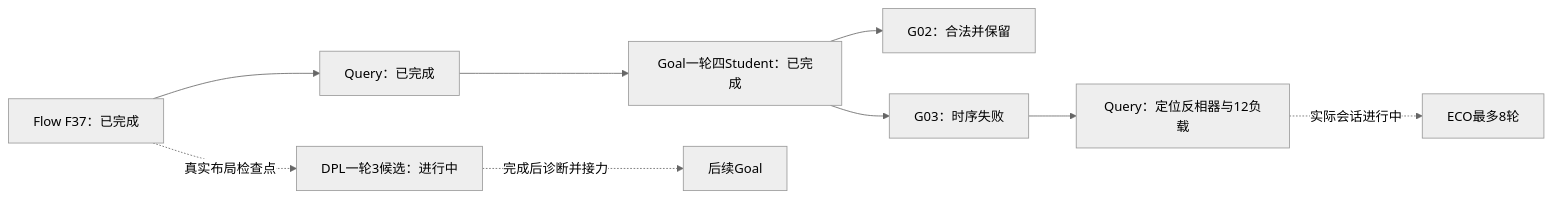
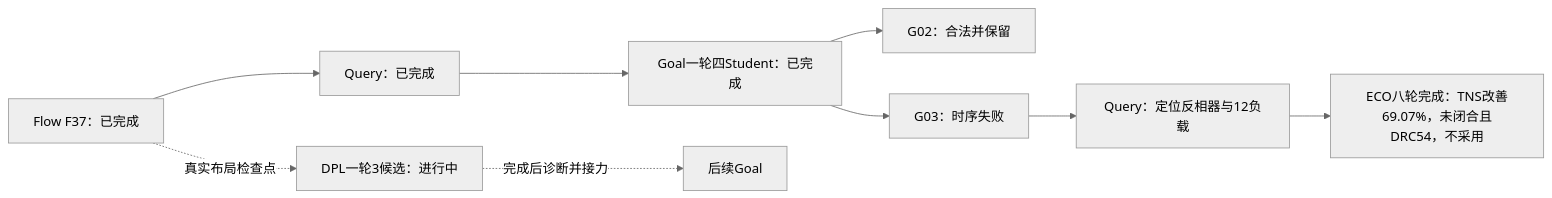
The first of 2 diagrams in admin/INVITED_PAPER_RESULTS_20261020.md (CODA-Team/ChipEvolve), drawn with Mermaid (neutral theme) before and after one commit. The commit also changed other lines of this file and 6 other files, not shown here.

````diff
--- a/admin/INVITED_PAPER_RESULTS_20261020.md
+++ b/admin/INVITED_PAPER_RESULTS_20261020.md
@@ -31,11 +32,11 @@
 ```mermaid
 flowchart LR
  F[Flow F37：已完成] --> Q[Query：已完成]
  Q --> G[Goal一轮四Student：已完成]
  G --> G2[G02：合法并保留]
  G --> G3[G03：时序失败]
  G3 --> QE[Query：定位反相器与12负载]
- QE -. 实际会话进行中 .-> E[ECO最多8轮]
+ QE --> E[ECO八轮完成：TNS改善69.07%，未闭合且DRC54，不采用]
  F -. 真实布局检查点 .-> D[DPL一轮3候选：进行中]
  D -. 完成后诊断并接力 .-> GN[后续Goal]
 ```
````
